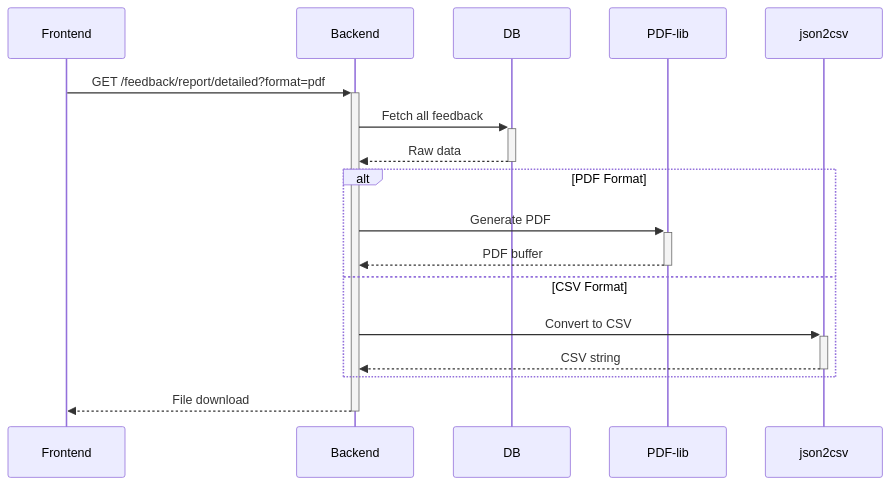
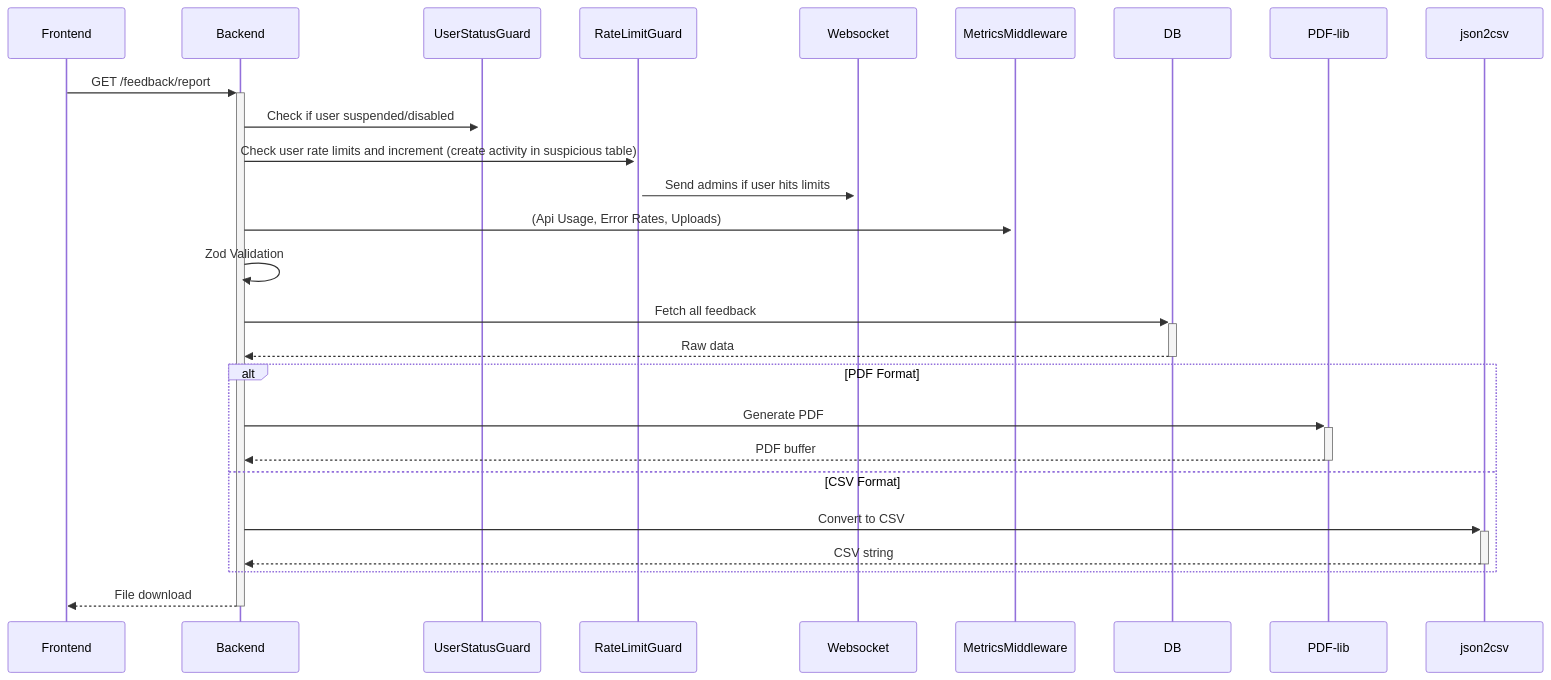
Before and after one commit to Xayrulloh/Feedback-Sentiment: the ninth of 26 diagrams in README.md, drawn with Mermaid. The commit also changed other lines of this file and 2 other files, not shown here.

````diff
--- a/README.md
+++ b/README.md
@@ -463,14 +272,19 @@
 ```mermaid
 sequenceDiagram
-    Frontend->>+Backend: GET /feedback/report/detailed?format=pdf
+    Frontend->>+Backend: GET /feedback/report
+    Backend->>+UserStatusGuard: Check if user suspended/disabled
+    Backend->>+RateLimitGuard: Check user rate limits and increment (create activity in suspicious table)
+    RateLimitGuard->>+Websocket: Send admins if user hits limits
+    Backend->>+MetricsMiddleware: (Api Usage, Error Rates, Uploads)
+    Backend->>Backend: Zod Validation
     Backend->>+DB: Fetch all feedback
     DB-->>-Backend: Raw data
     alt PDF Format
         Backend->>+PDF-lib: Generate PDF
         PDF-lib-->>-Backend: PDF buffer
     else CSV Format
         Backend->>+json2csv: Convert to CSV
         json2csv-->>-Backend: CSV string
     end
     Backend-->>-Frontend: File download
 ```
````
